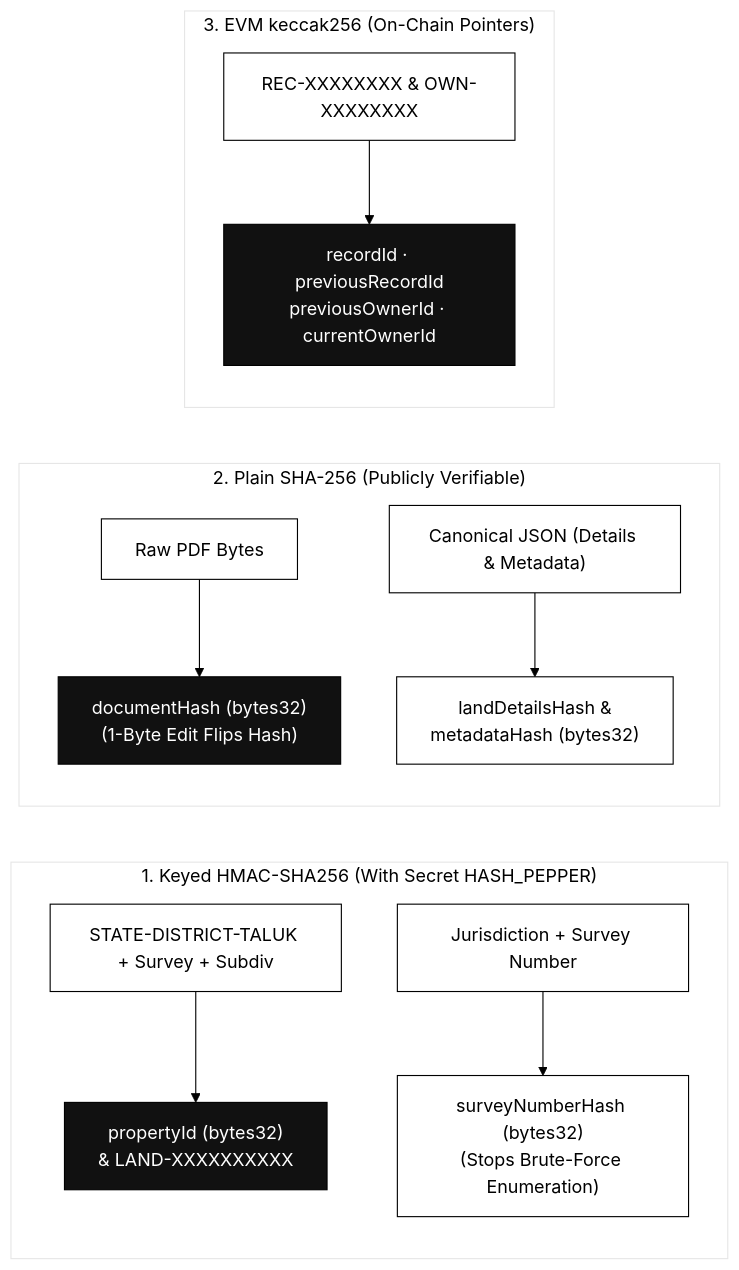
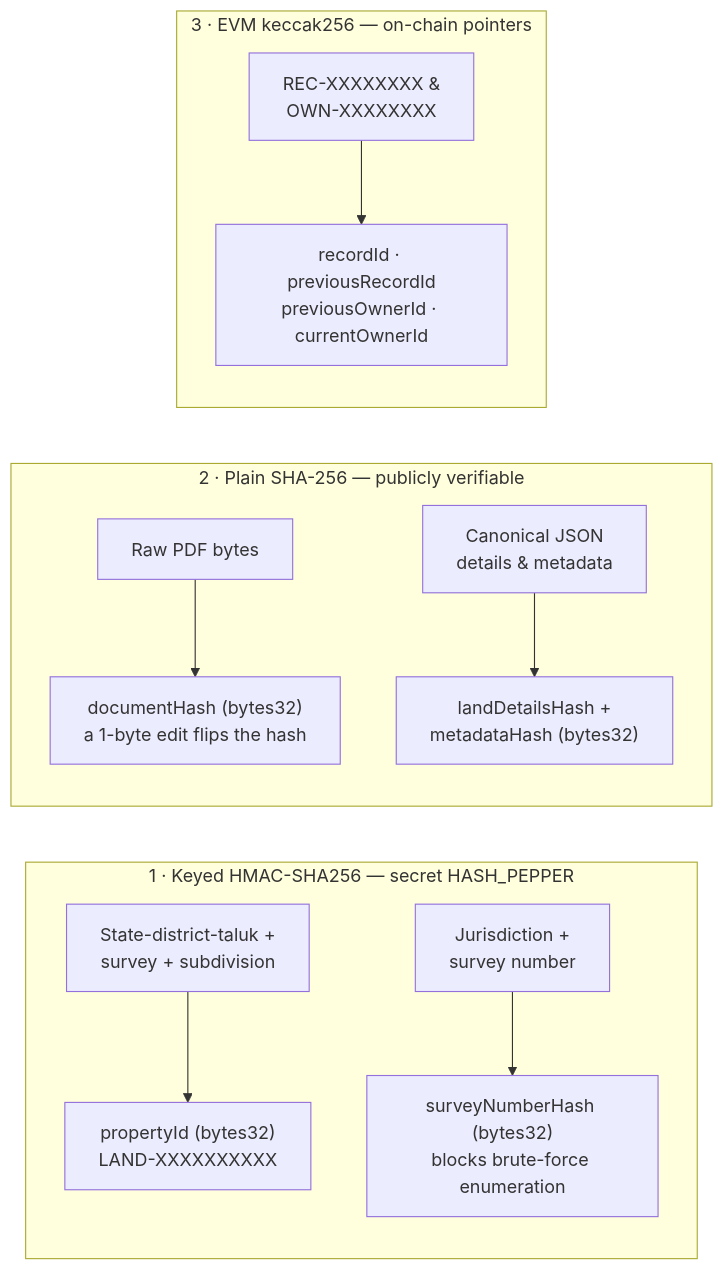
The sixth of 8 diagrams in README.md (rmn2178/NOSIH-secure), drawn with Mermaid before and after one commit. The commit also changed other lines of this file, not shown here.

First line of the commit message:
docs(readme): rework mermaid diagrams for theme-adaptive clarity

````diff
--- a/README.md
+++ b/README.md
@@ -279,21 +264,16 @@
 ```mermaid
-%%{init: {'theme': 'base', 'themeVariables': { 'primaryColor': '#ffffff', 'primaryTextColor': '#000000', 'primaryBorderColor': '#000000', 'lineColor': '#000000'}}}%%
 flowchart LR
-    subgraph H1["1. Keyed HMAC-SHA256 (With Secret HASH_PEPPER)"]
-        A1["STATE-DISTRICT-TALUK + Survey + Subdiv"] --> B1["propertyId (bytes32)<br/>& LAND-XXXXXXXXXX"]
-        A2["Jurisdiction + Survey Number"] --> B2["surveyNumberHash (bytes32)<br/>(Stops Brute-Force Enumeration)"]
+    subgraph H1["1 · Keyed HMAC-SHA256 — secret HASH_PEPPER"]
+        A1["State-district-taluk +<br/>survey + subdivision"] --> B1["propertyId (bytes32)<br/>LAND-XXXXXXXXXX"]
+        A2["Jurisdiction +<br/>survey number"] --> B2["surveyNumberHash (bytes32)<br/>blocks brute-force enumeration"]
     end
 
-    subgraph H2["2. Plain SHA-256 (Publicly Verifiable)"]
-        A3["Raw PDF Bytes"] --> B3["documentHash (bytes32)<br/>(1-Byte Edit Flips Hash)"]
-        A4["Canonical JSON (Details & Metadata)"] --> B4["landDetailsHash &<br/>metadataHash (bytes32)"]
+    subgraph H2["2 · Plain SHA-256 — publicly verifiable"]
+        A3["Raw PDF bytes"] --> B3["documentHash (bytes32)<br/>a 1-byte edit flips the hash"]
+        A4["Canonical JSON<br/>details & metadata"] --> B4["landDetailsHash +<br/>metadataHash (bytes32)"]
     end
 
-    subgraph H3["3. EVM keccak256 (On-Chain Pointers)"]
-        A5["REC-XXXXXXXX & OWN-XXXXXXXX"] --> B5["recordId · previousRecordId<br/>previousOwnerId · currentOwnerId"]
+    subgraph H3["3 · EVM keccak256 — on-chain pointers"]
+        A5["REC-XXXXXXXX &<br/>OWN-XXXXXXXX"] --> B5["recordId · previousRecordId<br/>previousOwnerId · currentOwnerId"]
     end
-
-    style B1 fill:#111111,stroke:#000000,color:#ffffff
-    style B3 fill:#111111,stroke:#000000,color:#ffffff
-    style B5 fill:#111111,stroke:#000000,color:#ffffff
 ```
````
